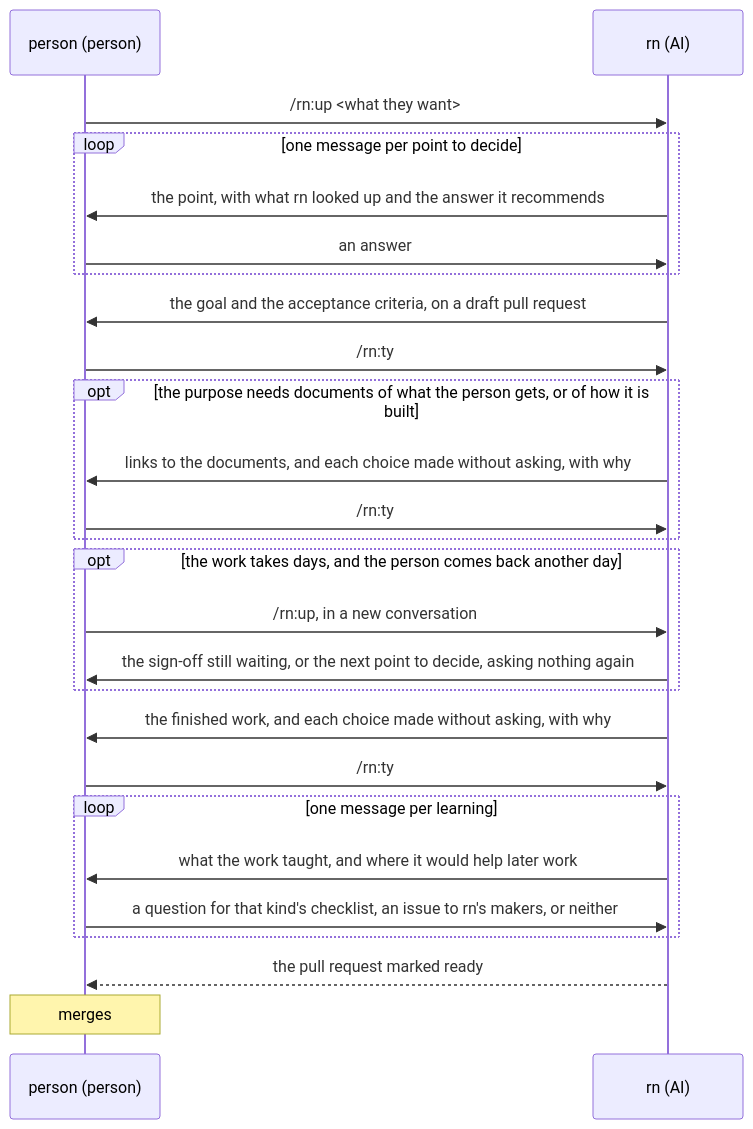
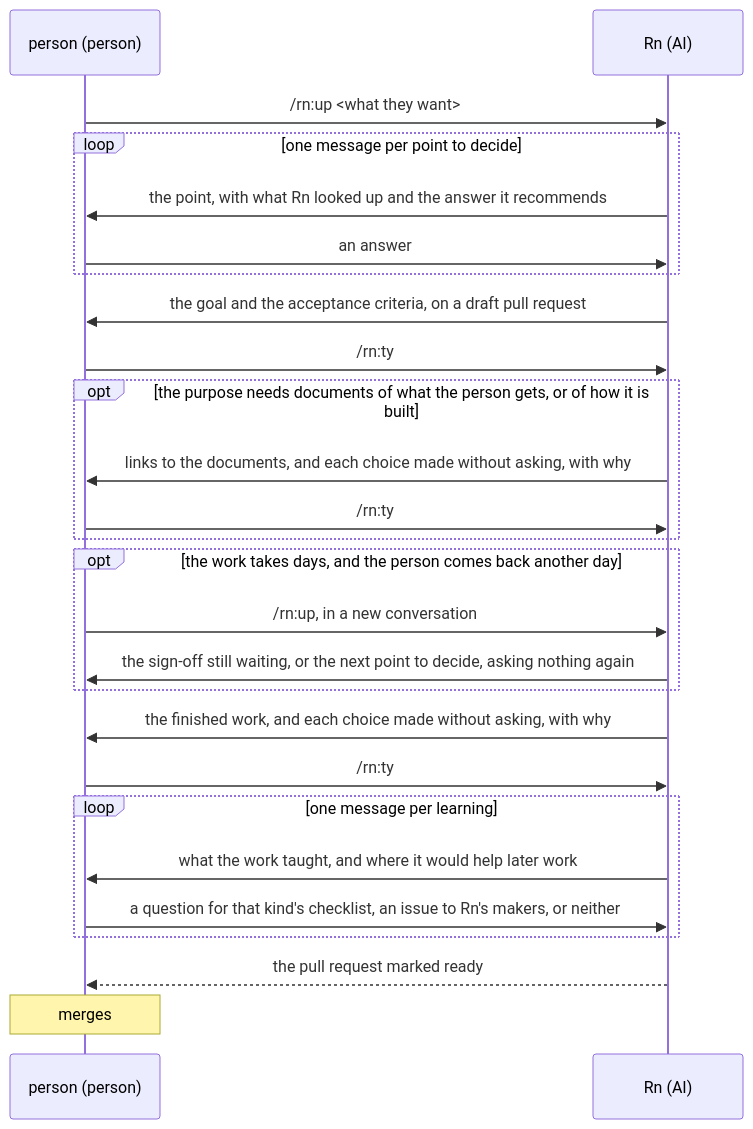
The diagram in dev/rn/ux.md (lovaizu/ccpm), drawn with Mermaid before and after one commit. The commit also changed other lines of this file and 29 other files, not shown here.

````diff
--- a/dev/rn/ux.md
+++ b/dev/rn/ux.md
@@ -27,28 +27,28 @@
 ```mermaid
 sequenceDiagram
   participant U as person (person)
-  participant R as rn (AI)
+  participant R as Rn (AI)
   U->>R: /rn:up <what they want>
   loop one message per point to decide
-    R->>U: the point, with what rn looked up and the answer it recommends
+    R->>U: the point, with what Rn looked up and the answer it recommends
     U->>R: an answer
   end
   R->>U: the goal and the acceptance criteria, on a draft pull request
   U->>R: /rn:ty
   opt the purpose needs documents of what the person gets, or of how it is built
     R->>U: links to the documents, and each choice made without asking, with why
     U->>R: /rn:ty
   end
   opt the work takes days, and the person comes back another day
     U->>R: /rn:up, in a new conversation
     R->>U: the sign-off still waiting, or the next point to decide, asking nothing again
   end
   R->>U: the finished work, and each choice made without asking, with why
   U->>R: /rn:ty
   loop one message per learning
     R->>U: what the work taught, and where it would help later work
-    U->>R: a question for that kind's checklist, an issue to rn's makers, or neither
+    U->>R: a question for that kind's checklist, an issue to Rn's makers, or neither
   end
   R-->>U: the pull request marked ready
   Note over U: merges
 ```
````
